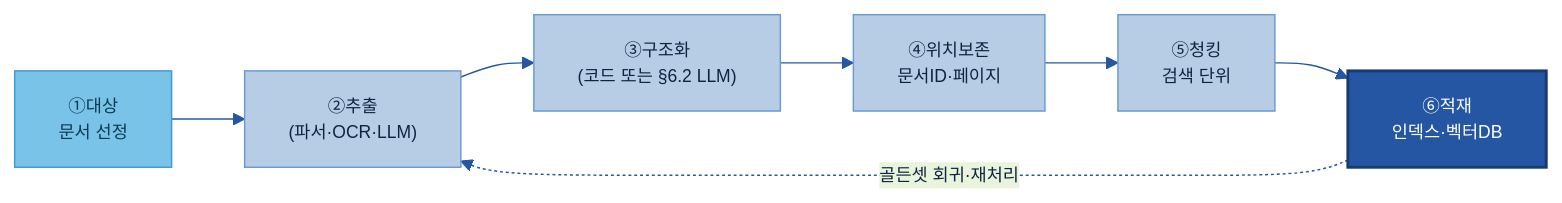
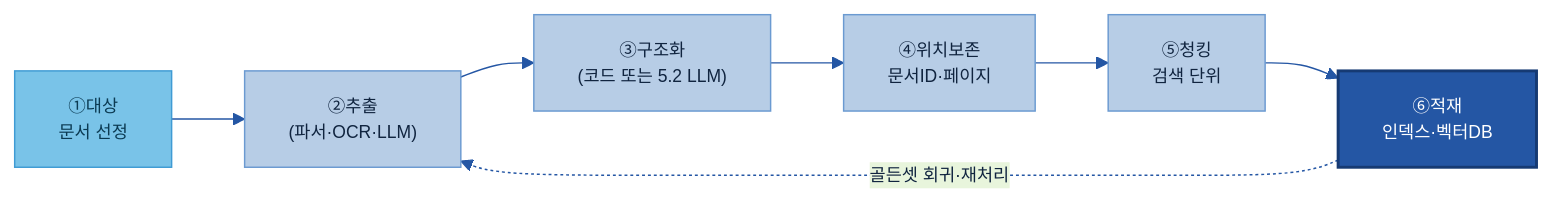
Before and after one commit to jin-kearney/ai-ready-data-manual: the fourth of 8 diagrams in 가이드 작성/B-1 데이터 전처리/B-1 데이터 전처리.md, drawn with Mermaid. The commit also changed other lines of this file and 1 other file, not shown here.

````diff
--- a/가이드 작성/B-1 데이터 전처리/B-1 데이터 전처리.md
+++ b/가이드 작성/B-1 데이터 전처리/B-1 데이터 전처리.md
@@ -528,15 +578,15 @@
 ```mermaid
 %%{init: {'theme':'base','themeVariables':{'primaryColor':'#DCE8F5','primaryBorderColor':'#2456A4','primaryTextColor':'#10243f','lineColor':'#2456A4','fontSize':'12px'}}}%%
 flowchart LR
     A1["①대상<br/>문서 선정"]:::src
     A2["②추출<br/>(파서·OCR·LLM)"]:::n
-    A3["③구조화<br/>(코드 또는 §6.2 LLM)"]:::n
+    A3["③구조화<br/>(코드 또는 5.2 LLM)"]:::n
     A4["④위치보존<br/>문서ID·페이지"]:::n
     A5["⑤청킹<br/>검색 단위"]:::n
     A6["⑥적재<br/>인덱스·벡터DB"]:::cat
     A1 --> A2 --> A3 --> A4 --> A5 --> A6
     A6 -.골든셋 회귀·재처리.-> A2
     classDef n fill:#B7CDE6,stroke:#6B9AD1,color:#10243f;
     classDef src fill:#79C3E8,stroke:#3F9BD4,color:#0b3a52;
     classDef cat fill:#2456A4,color:#fff,stroke:#163a73,stroke-width:2px;
 ```
````
